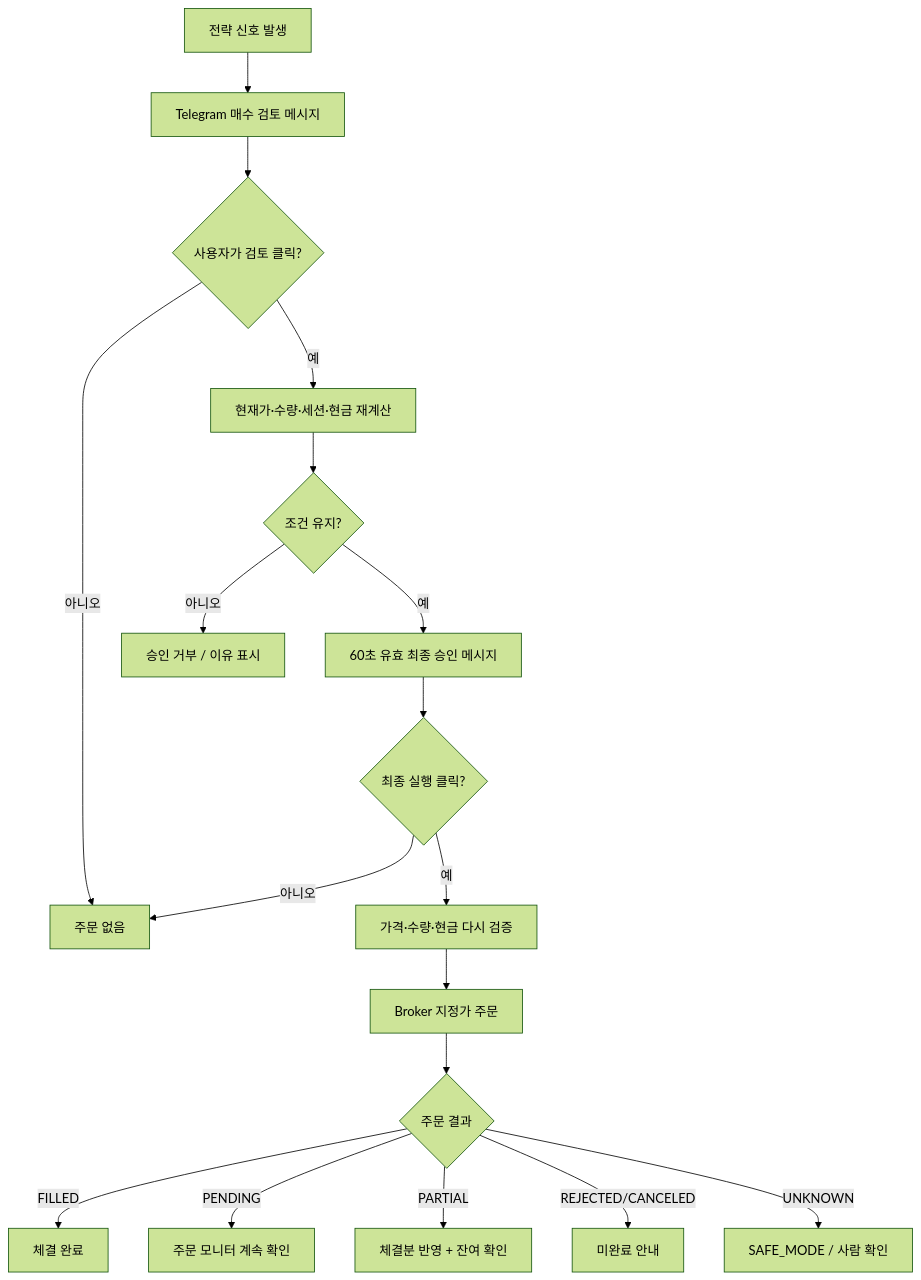
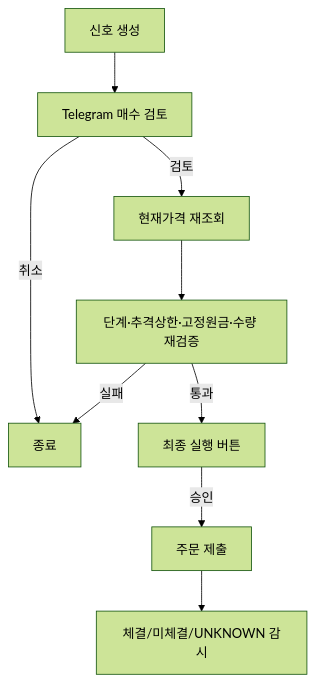
The diagram in docs/TELEGRAM_BOT_GUIDE.md (hwanff11/JD_HOLDINGS), drawn with Mermaid (forest theme) before and after one commit. The commit also changed other lines of this file, not shown here.

Commit message:
docs: update Telegram guide for V3.1.1

````diff
--- a/docs/TELEGRAM_BOT_GUIDE.md
+++ b/docs/TELEGRAM_BOT_GUIDE.md
@@ -29,20 +41,11 @@
 ```mermaid
 flowchart TD
-    A[전략 신호 발생] --> B[Telegram 매수 검토 메시지]
-    B --> C{사용자가 검토 클릭?}
-    C -- 아니오 --> D[주문 없음]
-    C -- 예 --> E[현재가·수량·세션·현금 재계산]
-    E --> F{조건 유지?}
-    F -- 아니오 --> G[승인 거부 / 이유 표시]
-    F -- 예 --> H[60초 유효 최종 승인 메시지]
-    H --> I{최종 실행 클릭?}
-    I -- 아니오 --> D
-    I -- 예 --> J[가격·수량·현금 다시 검증]
-    J --> K[Broker 지정가 주문]
-    K --> L{주문 결과}
-    L -- FILLED --> M[체결 완료]
-    L -- PENDING --> N[주문 모니터 계속 확인]
-    L -- PARTIAL --> O[체결분 반영 + 잔여 확인]
-    L -- REJECTED/CANCELED --> P[미완료 안내]
-    L -- UNKNOWN --> Q[SAFE_MODE / 사람 확인]
+    A[신호 생성] --> B[Telegram 매수 검토]
+    B -->|취소| Z[종료]
+    B -->|검토| C[현재가격 재조회]
+    C --> D[단계·추격상한·고정원금·수량 재검증]
+    D -->|실패| Z
+    D -->|통과| E[최종 실행 버튼]
+    E -->|승인| F[주문 제출]
+    F --> G[체결/미체결/UNKNOWN 감시]
 ```
````
